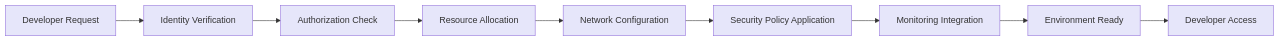
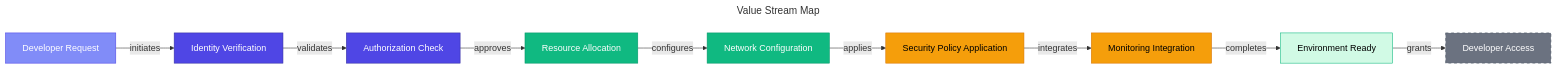
The second of 6 diagrams in README.md (Evilazaro/DevExp-DevBox), drawn with Mermaid before and after one commit. The commit also changed other lines of this file, not shown here.

Commit message:
Enhance README.md with detailed architecture diagrams for improved clarity and understanding

````diff
--- a/README.md
+++ b/README.md
@@ -196,21 +207,31 @@
 ```mermaid
+---
+title: Value Stream Map
+---
 flowchart LR
-    A[Developer Request] --> B[Identity Verification]
-    B --> C[Authorization Check]
-    C --> D[Resource Allocation]
-    D --> E[Network Configuration]
-    E --> F[Security Policy Application]
-    F --> G[Monitoring Integration]
-    G --> H[Environment Ready]
-    H --> I[Developer Access]
+    %% ===== VALUE STREAM STAGES =====
+    A["Developer Request"] -->|initiates| B["Identity Verification"]
+    B -->|validates| C["Authorization Check"]
+    C -->|approves| D["Resource Allocation"]
+    D -->|configures| E["Network Configuration"]
+    E -->|applies| F["Security Policy Application"]
+    F -->|integrates| G["Monitoring Integration"]
+    G -->|completes| H["Environment Ready"]
+    H -->|grants| I["Developer Access"]
 
-    style A fill:#E6E6FA
-    style B fill:#E6E6FA
-    style C fill:#E6E6FA
-    style D fill:#E6E6FA
-    style E fill:#E6E6FA
-    style F fill:#E6E6FA
-    style G fill:#E6E6FA
-    style H fill:#E6E6FA
-    style I fill:#E6E6FA
+    %% ===== CLASS DEFINITIONS =====
+    classDef trigger fill:#818CF8,stroke:#4F46E5,color:#FFFFFF
+    classDef primary fill:#4F46E5,stroke:#3730A3,color:#FFFFFF
+    classDef secondary fill:#10B981,stroke:#059669,color:#FFFFFF
+    classDef datastore fill:#F59E0B,stroke:#D97706,color:#000000
+    classDef external fill:#6B7280,stroke:#4B5563,color:#FFFFFF,stroke-dasharray:5 5
+    classDef matrix fill:#D1FAE5,stroke:#10B981,color:#000000
+
+    %% ===== NODE STYLING =====
+    class A trigger
+    class B,C primary
+    class D,E secondary
+    class F,G datastore
+    class H matrix
+    class I external
 ```
````
